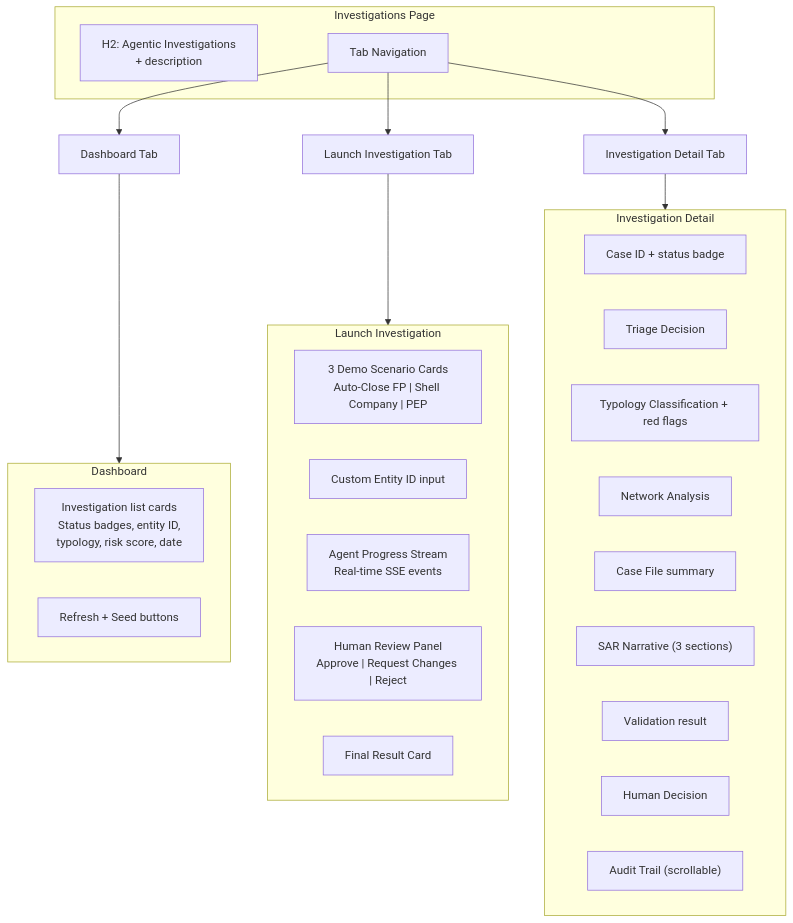
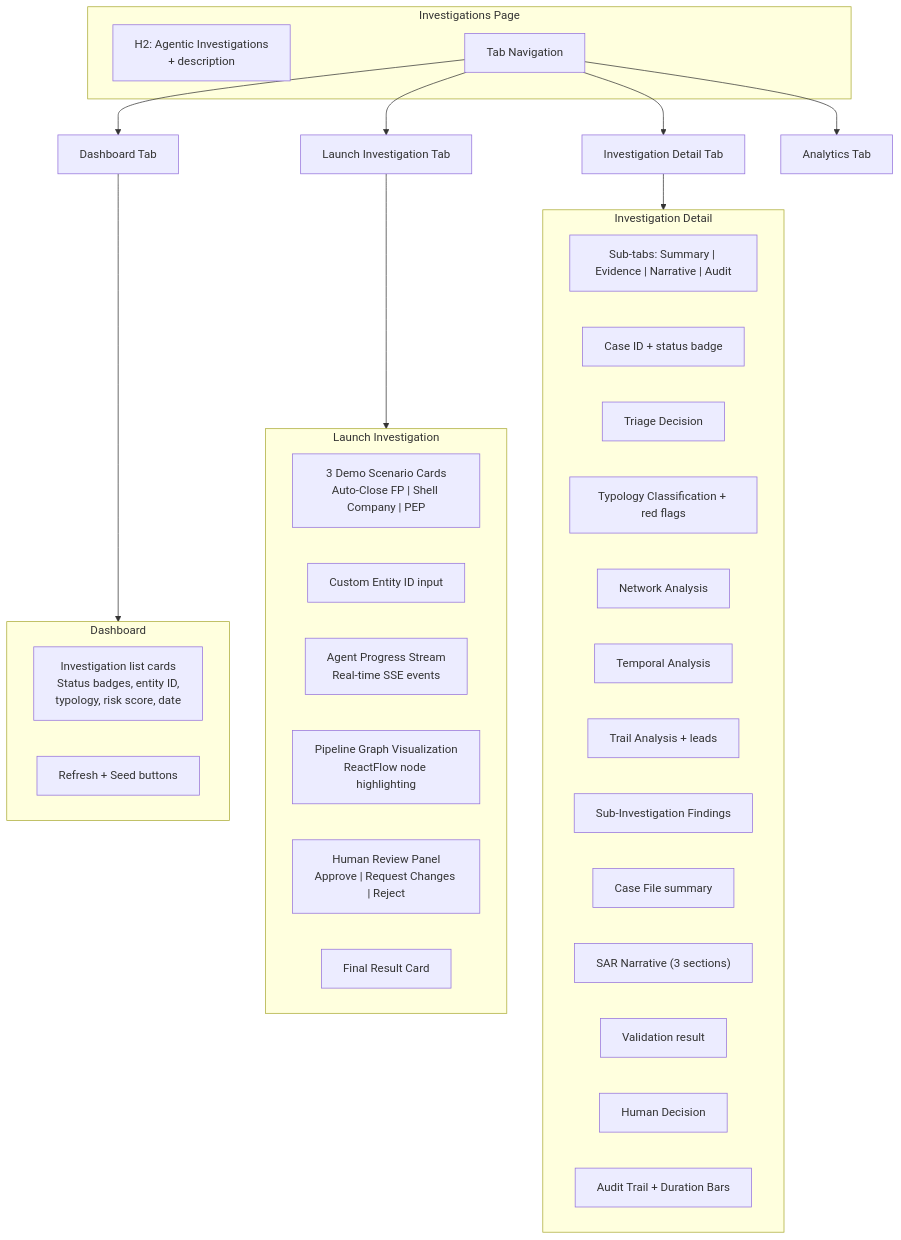
Before and after one commit to mongodb-industry-solutions/fsi-aml-fraud-detection: diagram 14 of 19 in docs/AGENTIC_INVESTIGATION_PIPELINE.md, drawn with Mermaid. The commit also changed other lines of this file, not shown here.

````diff
--- a/docs/AGENTIC_INVESTIGATION_PIPELINE.md
+++ b/docs/AGENTIC_INVESTIGATION_PIPELINE.md
@@ -922,40 +1195,46 @@
 ```mermaid
 flowchart TB
     subgraph Page["Investigations Page"]
         Header["H2: Agentic Investigations<br/>+ description"]
         Tabs["Tab Navigation"]
     end
 
     Tabs --> T1["Dashboard Tab"]
     Tabs --> T2["Launch Investigation Tab"]
     Tabs --> T3["Investigation Detail Tab"]
+    Tabs --> T4["Analytics Tab"]
 
     subgraph T1Detail["Dashboard"]
         List["Investigation list cards<br/>Status badges, entity ID,<br/>typology, risk score, date"]
         Actions["Refresh + Seed buttons"]
     end
 
     subgraph T2Detail["Launch Investigation"]
         Demos["3 Demo Scenario Cards<br/>Auto-Close FP | Shell Company | PEP"]
         Custom["Custom Entity ID input"]
         Stream["Agent Progress Stream<br/>Real-time SSE events"]
+        Pipeline["Pipeline Graph Visualization<br/>ReactFlow node highlighting"]
         Review["Human Review Panel<br/>Approve | Request Changes | Reject"]
         Result["Final Result Card"]
     end
 
     subgraph T3Detail["Investigation Detail"]
+        SubTabs["Sub-tabs: Summary | Evidence | Narrative | Audit"]
         CaseHeader["Case ID + status badge"]
         TriageCard["Triage Decision"]
         TypologyCard["Typology Classification + red flags"]
         NetworkCard["Network Analysis"]
+        TemporalCard["Temporal Analysis"]
+        TrailCard["Trail Analysis + leads"]
+        SubInvCard["Sub-Investigation Findings"]
         CaseFileCard["Case File summary"]
         NarrativeCard["SAR Narrative (3 sections)"]
         ValidationCard["Validation result"]
         HumanCard["Human Decision"]
-        AuditCard["Audit Trail (scrollable)"]
+        AuditCard["Audit Trail + Duration Bars"]
     end
 
     T1 --> T1Detail
     T2 --> T2Detail
     T3 --> T3Detail
 ```
````
